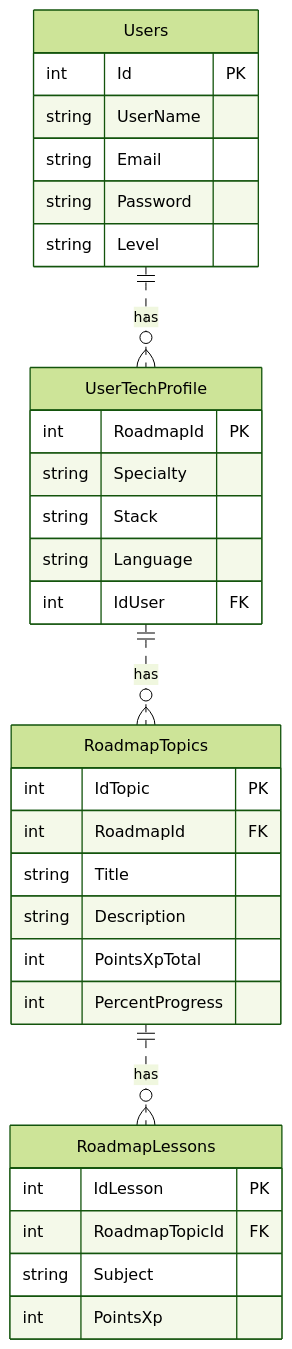
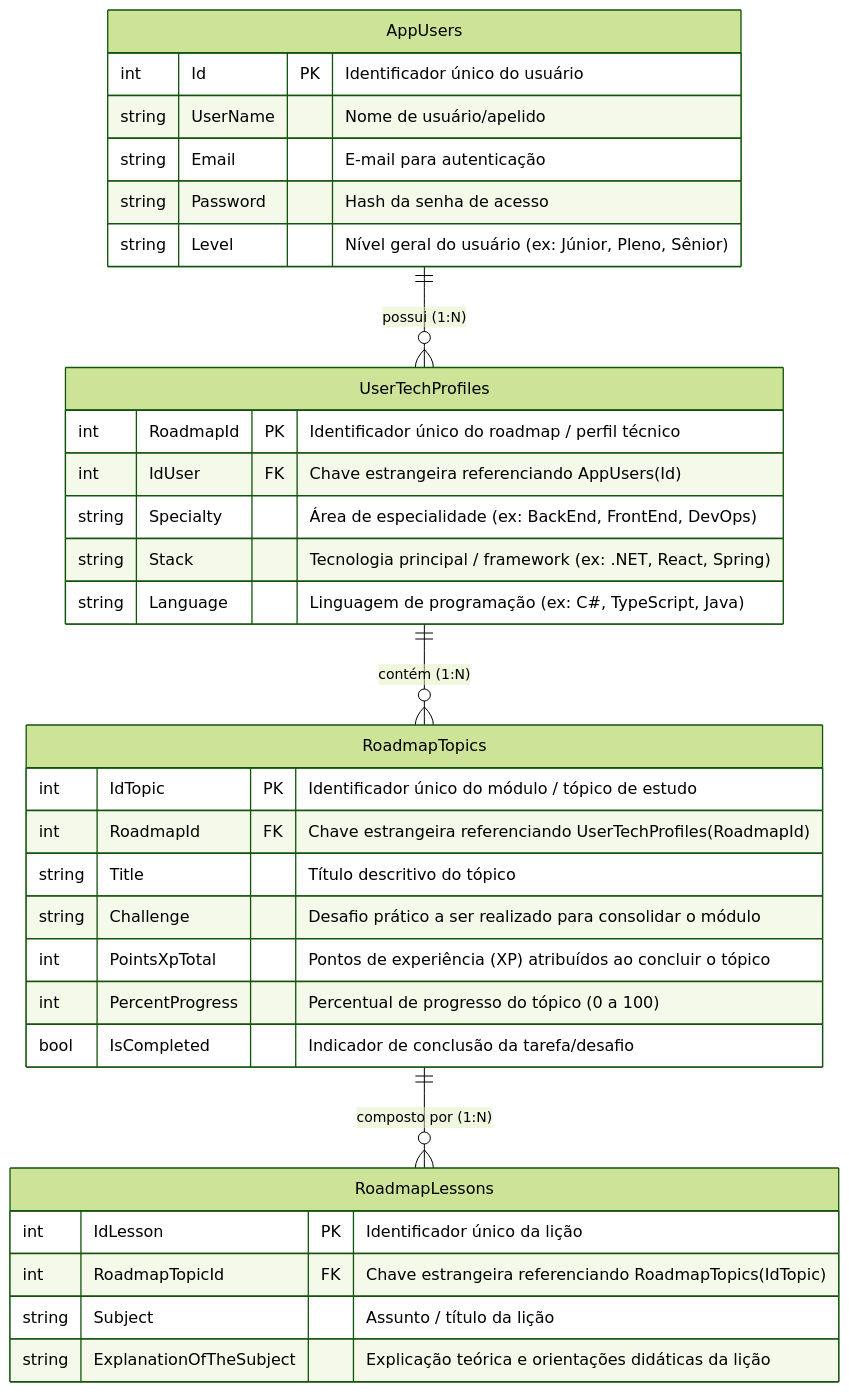
One commit to Fellypr/Dev-Quest changed the diagram in BackEnd/schema.md. Above: the diagram before and after it, drawn with Mermaid (forest theme). The commit also changed other lines of this file and 14 other files, not shown here.

Commit message:
feat(backend/roadmap): implementa regra de negócio e injeção de dependência

````diff
--- a/BackEnd/schema.md
+++ b/BackEnd/schema.md
@@ -1,35 +9,39 @@
 ```mermaid
 erDiagram
-    Users ||..o{ UserTechProfile : has
-    UserTechProfile ||..o{ RoadmapTopics : has
-    RoadmapTopics ||..o{ RoadmapLessons : has
+    AppUsers ||--o{ UserTechProfiles : "possui (1:N)"
+    UserTechProfiles ||--o{ RoadmapTopics : "contém (1:N)"
+    RoadmapTopics ||--o{ RoadmapLessons : "composto por (1:N)"
 
-    Users {
-        int Id PK
-        string UserName
-        string Email
-        string Password
-        string Level
+    AppUsers {
+        int Id PK "Identificador único do usuário"
+        string UserName "Nome de usuário/apelido"
+        string Email "E-mail para autenticação"
+        string Password "Hash da senha de acesso"
+        string Level "Nível geral do usuário (ex: Júnior, Pleno, Sênior)"
     }
-    UserTechProfile {
-        int RoadmapId PK
-        string Specialty
-        string Stack
-        string Language
-        int IdUser FK
+
+    UserTechProfiles {
+        int RoadmapId PK "Identificador único do roadmap / perfil técnico"
+        int IdUser FK "Chave estrangeira referenciando AppUsers(Id)"
+        string Specialty "Área de especialidade (ex: BackEnd, FrontEnd, DevOps)"
+        string Stack "Tecnologia principal / framework (ex: .NET, React, Spring)"
+        string Language "Linguagem de programação (ex: C#, TypeScript, Java)"
     }
+
     RoadmapTopics {
-        int IdTopic PK
-        int RoadmapId FK
-        string Title
-        string Description
-        int PointsXpTotal
-        int PercentProgress
+        int IdTopic PK "Identificador único do módulo / tópico de estudo"
+        int RoadmapId FK "Chave estrangeira referenciando UserTechProfiles(RoadmapId)"
+        string Title "Título descritivo do tópico"
+        string Challenge "Desafio prático a ser realizado para consolidar o módulo"
+        int PointsXpTotal "Pontos de experiência (XP) atribuídos ao concluir o tópico"
+        int PercentProgress "Percentual de progresso do tópico (0 a 100)"
+        bool IsCompleted "Indicador de conclusão da tarefa/desafio"
     }
+
     RoadmapLessons {
-        int IdLesson PK
-        int RoadmapTopicId FK
-        string Subject
-        int PointsXp
+        int IdLesson PK "Identificador único da lição"
+        int RoadmapTopicId FK "Chave estrangeira referenciando RoadmapTopics(IdTopic)"
+        string Subject "Assunto / título da lição"
+        string ExplanationOfTheSubject "Explicação teórica e orientações didáticas da lição"
     }
 ```
````
